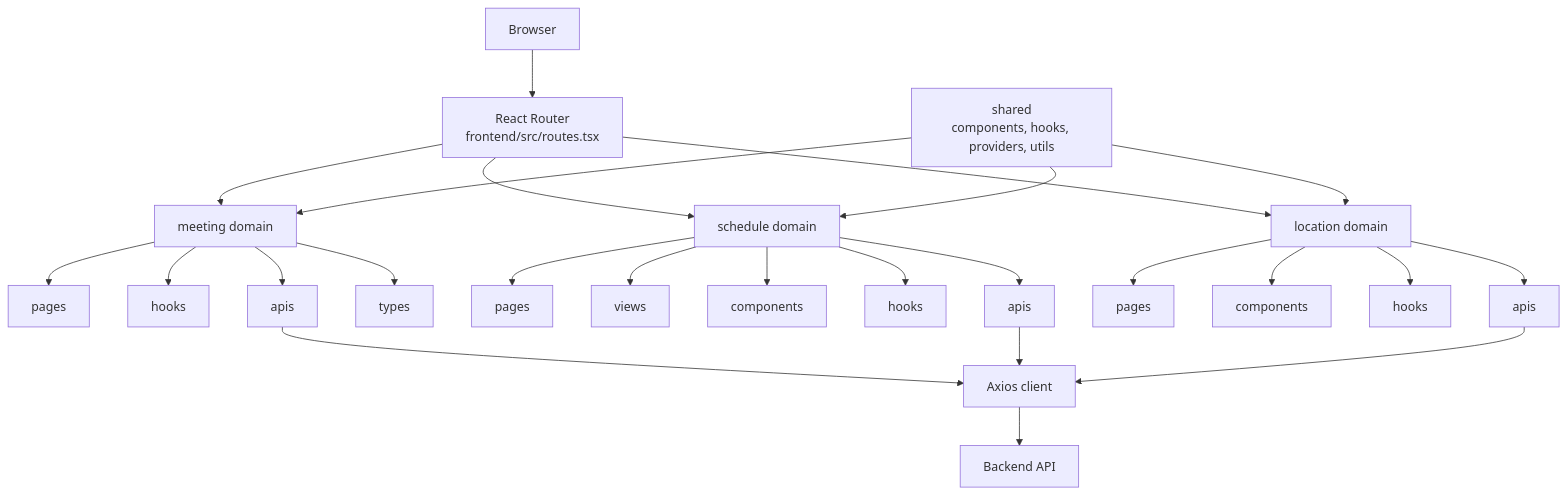
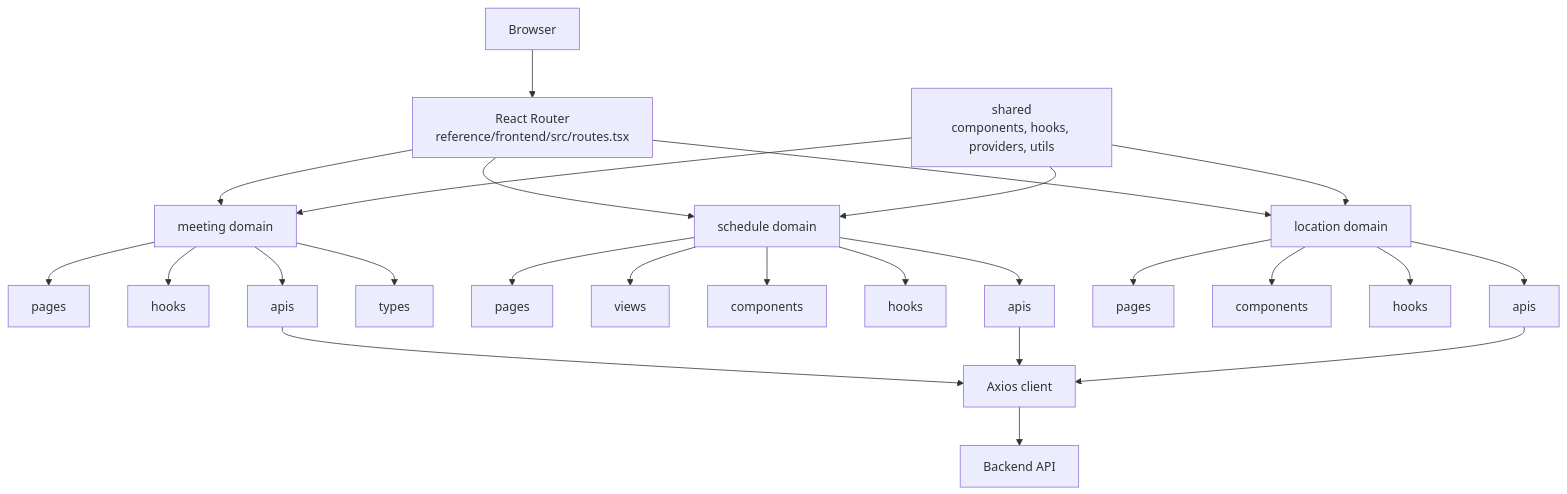
Before and after one commit to hyunolike/moyeorak: the first of 2 diagrams in README.md, drawn with Mermaid. The commit also changed other lines of this file and 5 other files, not shown here.

````diff
--- a/README.md
+++ b/README.md
@@ -66,32 +69,32 @@
 ```mermaid
 flowchart TD
-    Browser[Browser] --> Routes["React Router<br/>frontend/src/routes.tsx"]
+    Browser[Browser] --> Routes["React Router<br/>reference/frontend/src/routes.tsx"]
     Routes --> Meeting[meeting domain]
     Routes --> Schedule[schedule domain]
     Routes --> Location[location domain]
 
     Meeting --> MeetingPages[pages]
     Meeting --> MeetingHooks[hooks]
     Meeting --> MeetingApis[apis]
     Meeting --> MeetingTypes[types]
 
     Schedule --> SchedulePages[pages]
     Schedule --> ScheduleViews[views]
     Schedule --> ScheduleComponents[components]
     Schedule --> ScheduleHooks[hooks]
     Schedule --> ScheduleApis[apis]
 
     Location --> LocationPages[pages]
     Location --> LocationComponents[components]
     Location --> LocationHooks[hooks]
     Location --> LocationApis[apis]
 
     Shared["shared<br/>components, hooks, providers, utils"] --> Meeting
     Shared --> Schedule
     Shared --> Location
 
     MeetingApis --> Axios[Axios client]
     ScheduleApis --> Axios
     LocationApis --> Axios
     Axios --> BackendAPI[Backend API]
 ```
````
